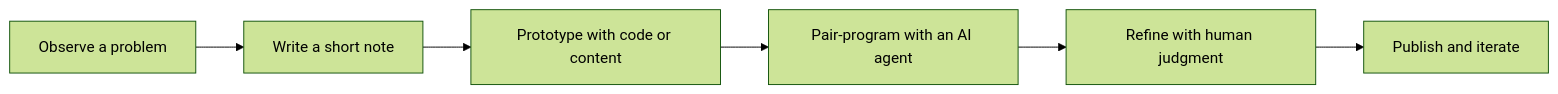
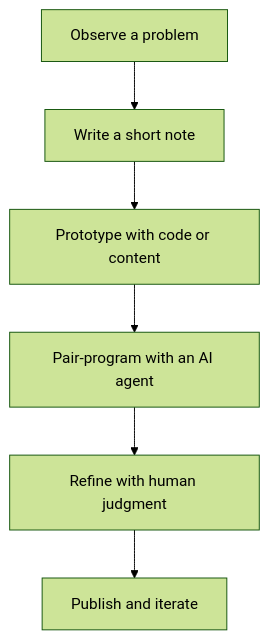
The diagram in content/posts/welcome-to-hugo/index.md (bilarikan/bilarikan.github.io), drawn with Mermaid (forest theme) before and after one commit. The commit also changed other lines of this file, not shown here.

```diff
--- a/content/posts/welcome-to-hugo/index.md
+++ b/content/posts/welcome-to-hugo/index.md
@@ -28,8 +28,8 @@
 {{< mermaid >}}
-flowchart LR
+flowchart TD
   A[Observe a problem] --> B[Write a short note]
   B --> C[Prototype with code or content]
   C --> D[Pair-program with an AI agent]
   D --> E[Refine with human judgment]
   E --> F[Publish and iterate]
 {{< /mermaid >}}
```
